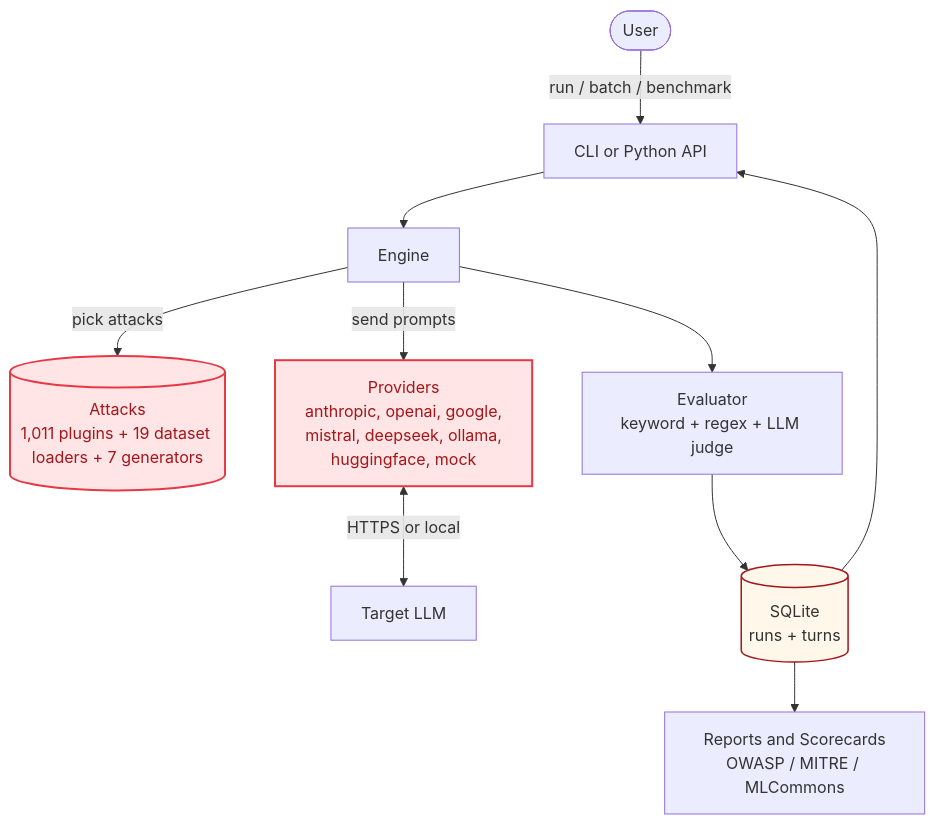
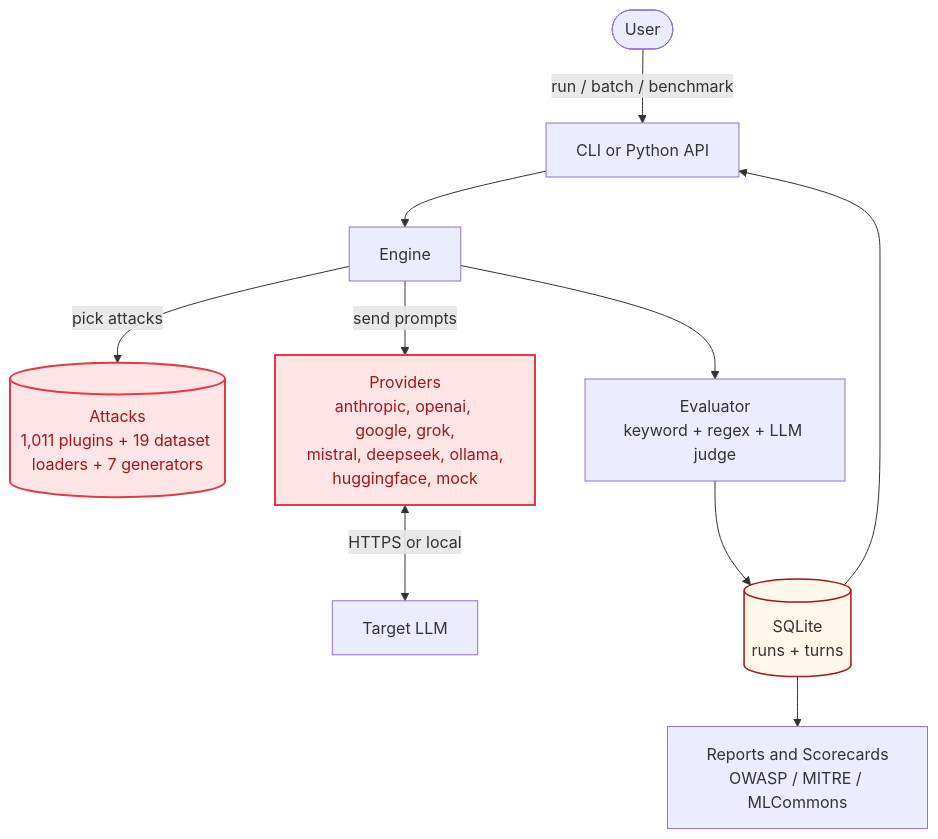
Before and after one commit to BILLKISHORE/ai-evals: the first of 2 diagrams in docs/architecture/overview.mdx, drawn with Mermaid. The commit also changed other lines of this file and 4 other files, not shown here.

````diff
--- a/docs/architecture/overview.mdx
+++ b/docs/architecture/overview.mdx
@@ -20,17 +20,17 @@
 ```mermaid
 flowchart TB
     User([User]) -->|run / batch / benchmark| CLI[CLI or Python API]
     CLI --> Engine[Engine]
     Engine -->|pick attacks| Attacks[(Attacks<br/>1,011 plugins + 19 dataset loaders + 7 generators)]
-    Engine -->|send prompts| Providers[Providers<br/>anthropic, openai, google,<br/>mistral, deepseek, ollama,<br/>huggingface, mock]
+    Engine -->|send prompts| Providers[Providers<br/>anthropic, openai, google, grok,<br/>mistral, deepseek, ollama,<br/>huggingface, mock]
     Providers <-->|HTTPS or local| Model[Target LLM]
     Engine --> Evaluator[Evaluator<br/>keyword + regex + LLM judge]
     Evaluator --> Storage[(SQLite<br/>runs + turns)]
     Storage --> Reports[Reports and Scorecards<br/>OWASP / MITRE / MLCommons]
     Storage --> CLI
 
     classDef plugin fill:#FFE5E5,stroke:#E63946,stroke-width:2px,color:#A4161A
     classDef store fill:#FFF7EA,stroke:#A4161A,stroke-width:1.5px
     class Attacks,Providers plugin
     class Storage store
 ```
````
